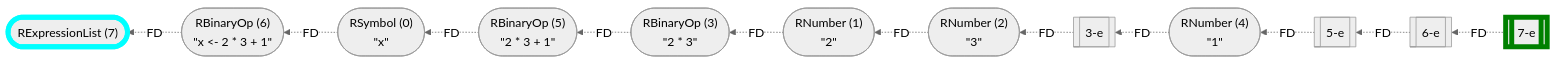
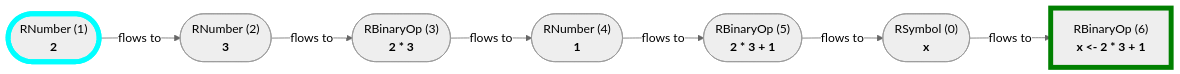
One commit to flowr-analysis/flowr changed the first of 22 diagrams in wiki/Control Flow Graph.md. Above: the diagram before and after it, drawn with Mermaid (neutral theme). The commit also changed other lines of this file and 141 other files, not shown here.

````diff
--- a/wiki/Control Flow Graph.md
+++ b/wiki/Control Flow Graph.md
@@ -55,34 +54,24 @@
 ```mermaid
-flowchart RL
-    n7(["`RExpressionList (7)`"])
+flowchart LR
+    n1(["`RNumber (1)
+**2**`"])
+    n2(["`RNumber (2)
+**3**`"])
+    n3(["`RBinaryOp (3)
+**2 #42; 3**`"])
+    n4(["`RNumber (4)
+**1**`"])
+    n5(["`RBinaryOp (5)
+**2 #42; 3 #43; 1**`"])
     n0(["`RSymbol (0)
-#34;x#34;`"])
-    n1(["`RNumber (1)
-#34;2#34;`"])
-    n2(["`RNumber (2)
-#34;3#34;`"])
-    n3(["`RBinaryOp (3)
-#34;2 #42; 3#34;`"])
-    n3-e[[3-e]]
-    n4(["`RNumber (4)
-#34;1#34;`"])
-    n5(["`RBinaryOp (5)
-#34;2 #42; 3 #43; 1#34;`"])
-    n5-e[[5-e]]
-    n6(["`RBinaryOp (6)
-#34;x #60;#45; 2 #42; 3 #43; 1#34;`"])
-    n6-e[[6-e]]
-    n7-e[[7-e]]
-    n6 -.->|"FD"| n7
-    n2 -.->|"FD"| n1
-    n1 -.->|"FD"| n3
-    n3-e -.->|"FD"| n2
-    n4 -.->|"FD"| n3-e
-    n3 -.->|"FD"| n5
-    n5-e -.->|"FD"| n4
-    n5 -.->|"FD"| n0
-    n0 -.->|"FD"| n6
-    n6-e -.->|"FD"| n5-e
-    n7-e -.->|"FD"| n6-e
-    style n7 stroke:cyan,stroke-width:6.5px;    style n7-e stroke:green,stroke-width:6.5px;
+**x**`"])
+    n6["`RBinaryOp (6)
+**x #60;#45; 2 #42; 3 #43; 1**`"]
+    n3 -->|"flows to"| n4
+    n1 -->|"flows to"| n2
+    n2 -->|"flows to"| n3
+    n5 -->|"flows to"| n0
+    n4 -->|"flows to"| n5
+    n0 -->|"flows to"| n6
+    style n1 stroke:cyan,stroke-width:6.5px;    style n6 stroke:green,stroke-width:6.5px;
 ```
````
